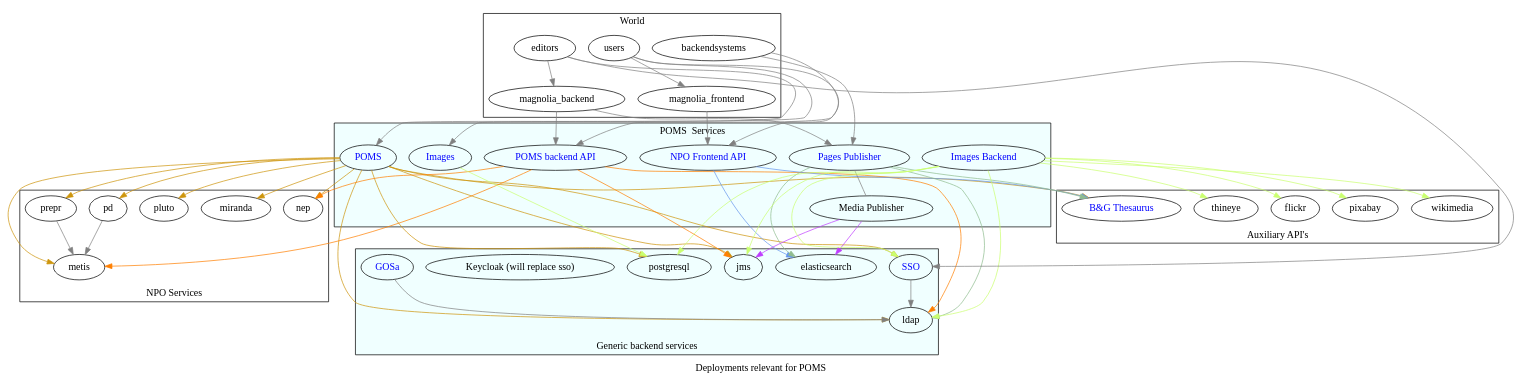
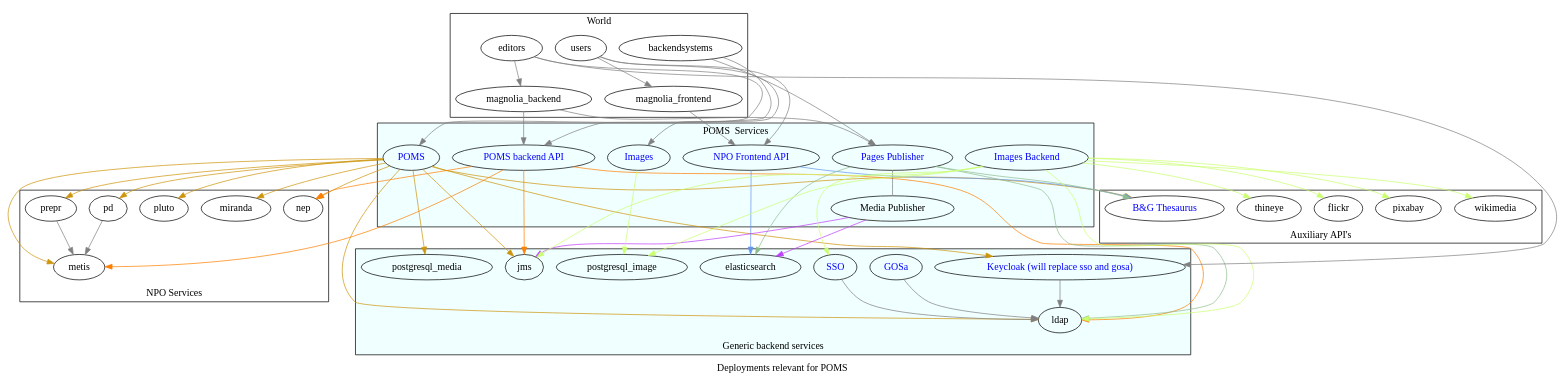
The diagram in poms-deployment.dot (npo-poms/poms-parent), drawn with Graphviz before and after one commit. The commit also changed 2 other files, not shown here.

Commit message:
updated deployment graph for new situation at 5.11

```diff
--- a/poms-deployment.dot
+++ b/poms-deployment.dot
@@ -1,162 +1,166 @@
 digraph poms_universe {
 
 label="Deployments relevant for POMS"
 edge [
       color=gray
       ]
 
 poms [ label="POMS" href="https://poms.omroep.nl/" fontcolor=blue ]
 poms_backend [ label="POMS backend API" href="https://api.poms.omroep.nl/" fontcolor=blue ]
 api [ label = "NPO Frontend API" href="https://rs.poms.omroep.nl/" fontcolor=blue ]
 pages_publish [ label = "Pages Publisher"     href="https://publish.pages.omroep.nl/" fontcolor=blue ]
 media_publish [ label = "Media Publisher" ]
 images_frontend [ label = "Images" href="https://images.poms.omroep.nl" fontcolor=blue]
 images_backend [ label = "Images Backend" href="https://poms.omroep.nl/images/" fontcolor=blue ]
 gtaa [ label ="B&G Thesaurus"  href="http://gtaa.beeldengeluid.nl/" fontcolor=blue]
 thineye
 
 subgraph cluster_0  {
   label="Generic backend services"
   labelloc=b
   bgcolor=azure
-  postgresql
+  postgresql_media
+  postgresql_image
   elasticsearch
   sso [ label="SSO" href="https://sso.omroep.nl" fontcolor=blue]
   jms
   ldap
-  keycloak [ label = "Keycloak (will replace sso)" ]
+  keycloak [ label = "Keycloak (will replace sso and gosa)" href="https://ident-test.poms.omroep.nl/auth/" fontcolor=blue]
   gosa [ label="GOSa" href="https://admin.sso.omroep.nl/" fontcolor=blue]
 }
 
 subgraph cluster_1  {
   label="VPRO"
   magnolia_frontend
   magnolia_backend
 }
 
 subgraph cluster_1  {
   label="World"
   users
   backendsystems
   editors
 }
 subgraph cluster_3  {
   label="POMS  Services"
   bgcolor=azure
   poms
   poms_backend
   pages_publish
   media_publish
   api
   images_frontend
   images_backend
 }
 
 subgraph cluster_4  {
   label="NPO Services"
   labelloc=b
   metis
   pd
   prepr
   miranda
   pluto
   nep
 }
 
 subgraph cluster_5 {
   label="Auxiliary API's"
   labelloc=b
   gtaa
   thineye
   wikimedia
   pixabay
   flickr
 }
 
 editors -> {
   magnolia_backend
   poms
-  sso
+  keycloak
 }
 
 users -> {
   magnolia_frontend
   api
   images_frontend
 }
 
 backendsystems -> {
   poms_backend
   pages_publish
 }
 
 poms -> {
-  postgresql
+  postgresql_media
   jms
-  sso
+  keycloak
   ldap
   miranda
   prepr
   pd
   metis
   pluto
   nep
   gtaa
 }[color=darkgoldenrod3]
 
 poms_backend -> {
   jms
   ldap
   metis
   ldap
   nep
 }[color=darkorange1]
 
 api -> {
   elasticsearch
   gtaa
 }[color=cornflowerblue]
 
 pages_publish-> {
   elasticsearch
   ldap
   gtaa
 }[color=darkseagreen]
 
 media_publish -> {
   elasticsearch
   jms
 }[color=darkorchid1]
 pages_publish -> media_publish[dir=none]
 
 images_frontend -> {
-  postgresql
+  postgresql_image
 }[color=darkolivegreen1]
 images_backend -> {
-  postgresql
+  postgresql_image
   jms
   sso
   ldap
   thineye
   wikimedia
   pixabay
   flickr
 }[color=darkolivegreen1]
 
 magnolia_backend -> {
   poms_backend
   pages_publish
 }
 
 magnolia_frontend -> {
   api
 }
 
 sso -> ldap
 
 prepr -> metis
 pd -> metis
 
 gosa -> ldap
 
+keycloak -> ldap
+
+
 }
```
